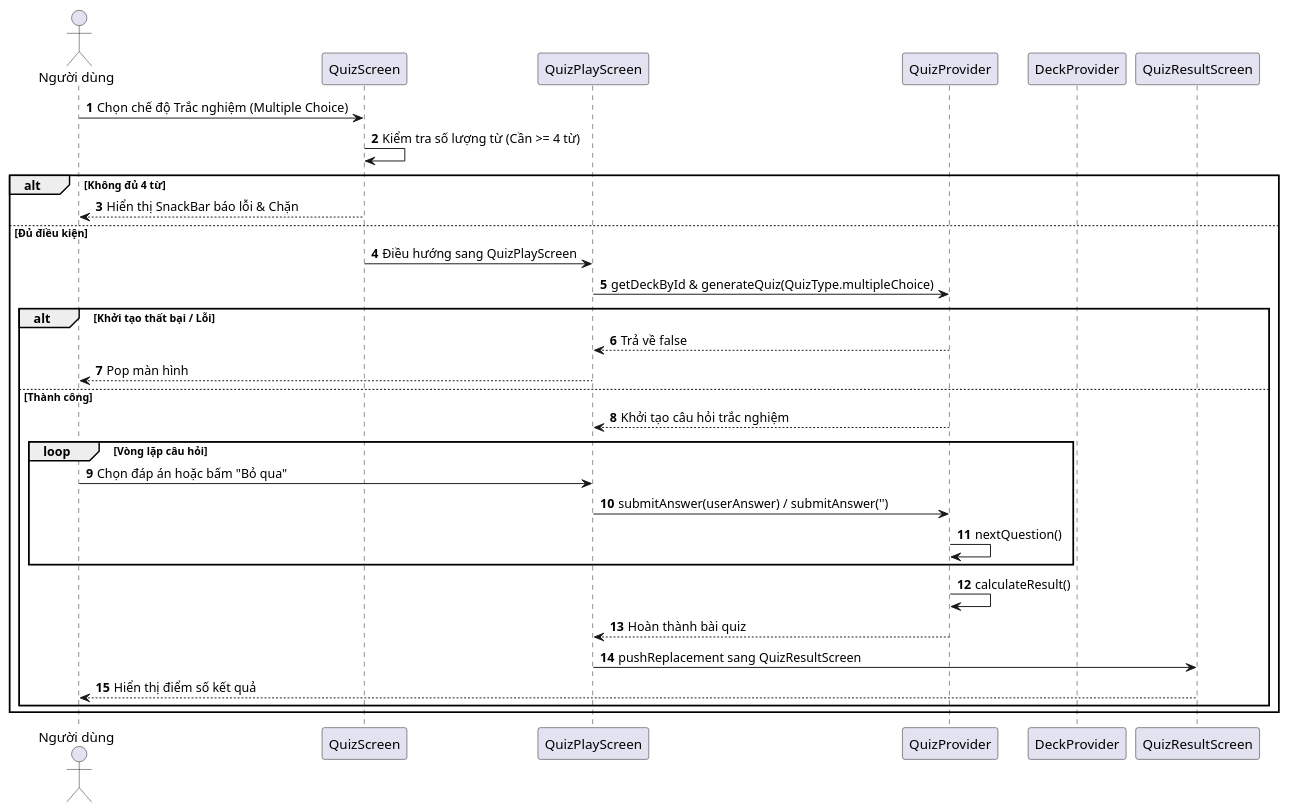
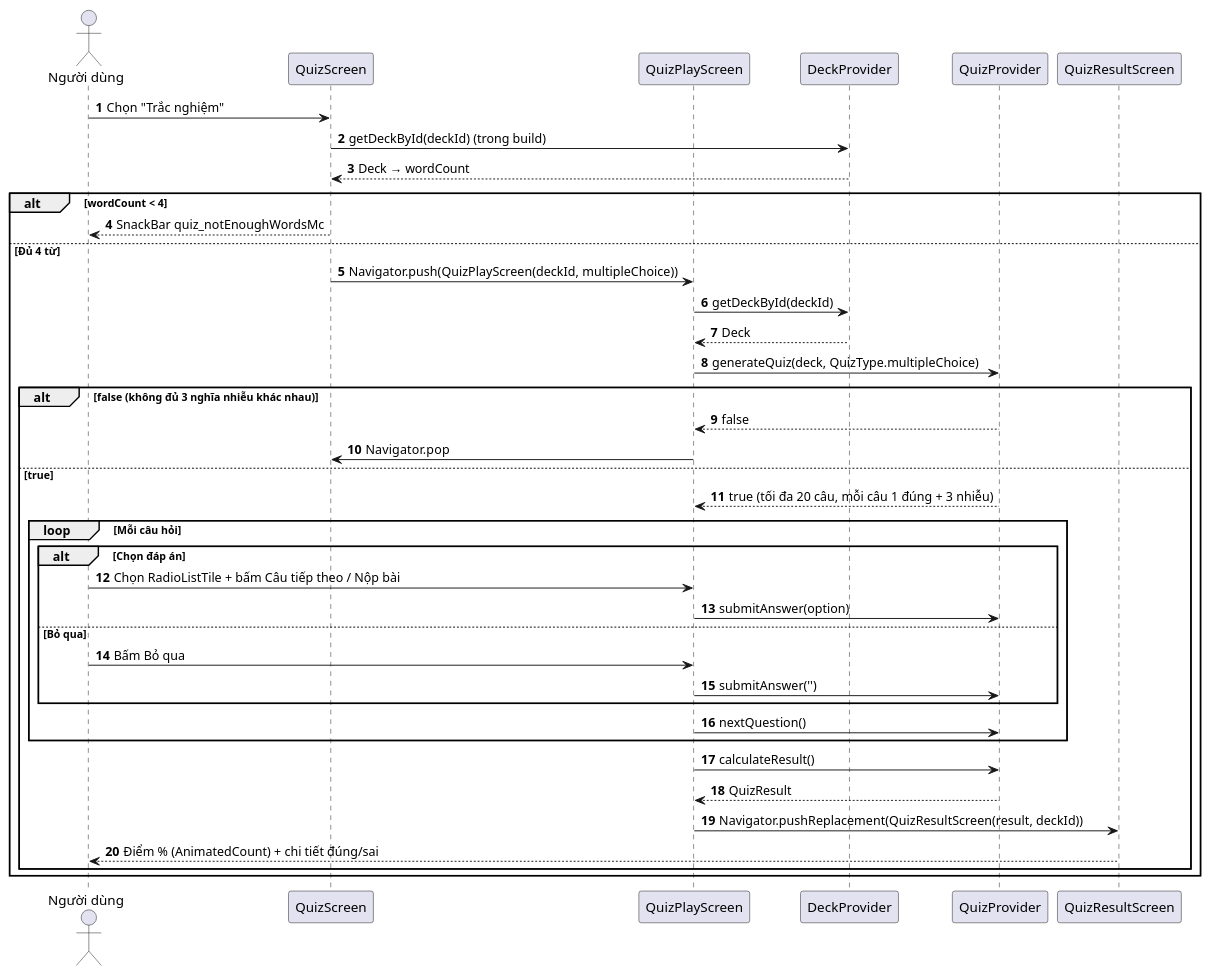
The diagram in docs/sequence_quiz_multiple_choice.puml (hoang-adu/2026_2027_1_1_LTTBDD_N01_Nhom_2), drawn with PlantUML before and after one commit. The commit also changed 8 other files, not shown here.

Commit message:
docs(uml): sửa sơ đồ sequence/activity khớp với code

```diff
--- a/docs/sequence_quiz_multiple_choice.puml
+++ b/docs/sequence_quiz_multiple_choice.puml
@@ -1,33 +1,41 @@
 @startuml
 autonumber
 actor "Người dùng" as User
 participant "QuizScreen" as UI1
 participant "QuizPlayScreen" as UI2
-participant "QuizProvider" as Provider
 participant "DeckProvider" as DeckProvider
+participant "QuizProvider" as Quiz
 participant "QuizResultScreen" as UIResult
 
-User -> UI1: Chọn chế độ Trắc nghiệm (Multiple Choice)
-UI1 -> UI1: Kiểm tra số lượng từ (Cần >= 4 từ)
-alt Không đủ 4 từ
-    UI1 --> User: Hiển thị SnackBar báo lỗi & Chặn
-else Đủ điều kiện
-    UI1 -> UI2: Điều hướng sang QuizPlayScreen
-    UI2 -> Provider: getDeckById & generateQuiz(QuizType.multipleChoice)
-    alt Khởi tạo thất bại / Lỗi
-        Provider --> UI2: Trả về false
-        UI2 --> User: Pop màn hình
-    else Thành công
-        Provider --> UI2: Khởi tạo câu hỏi trắc nghiệm
-        loop Vòng lặp câu hỏi
-            User -> UI2: Chọn đáp án hoặc bấm "Bỏ qua"
-            UI2 -> Provider: submitAnswer(userAnswer) / submitAnswer('')
-            Provider -> Provider: nextQuestion()
+User -> UI1: Chọn "Trắc nghiệm"
+UI1 -> DeckProvider: getDeckById(deckId) (trong build)
+DeckProvider --> UI1: Deck → wordCount
+alt wordCount < 4
+    UI1 --> User: SnackBar quiz_notEnoughWordsMc
+else Đủ 4 từ
+    UI1 -> UI2: Navigator.push(QuizPlayScreen(deckId, multipleChoice))
+    UI2 -> DeckProvider: getDeckById(deckId)
+    DeckProvider --> UI2: Deck
+    UI2 -> Quiz: generateQuiz(deck, QuizType.multipleChoice)
+    alt false (không đủ 3 nghĩa nhiễu khác nhau)
+        Quiz --> UI2: false
+        UI2 -> UI1: Navigator.pop
+    else true
+        Quiz --> UI2: true (tối đa 20 câu, mỗi câu 1 đúng + 3 nhiễu)
+        loop Mỗi câu hỏi
+            alt Chọn đáp án
+                User -> UI2: Chọn RadioListTile + bấm Câu tiếp theo / Nộp bài
+                UI2 -> Quiz: submitAnswer(option)
+            else Bỏ qua
+                User -> UI2: Bấm Bỏ qua
+                UI2 -> Quiz: submitAnswer('')
+            end
+            UI2 -> Quiz: nextQuestion()
         end
-        Provider -> Provider: calculateResult()
-        Provider --> UI2: Hoàn thành bài quiz
-        UI2 -> UIResult: pushReplacement sang QuizResultScreen
-        UIResult --> User: Hiển thị điểm số kết quả
+        UI2 -> Quiz: calculateResult()
+        Quiz --> UI2: QuizResult
+        UI2 -> UIResult: Navigator.pushReplacement(QuizResultScreen(result, deckId))
+        UIResult --> User: Điểm % (AnimatedCount) + chi tiết đúng/sai
     end
 end
 @enduml
```
